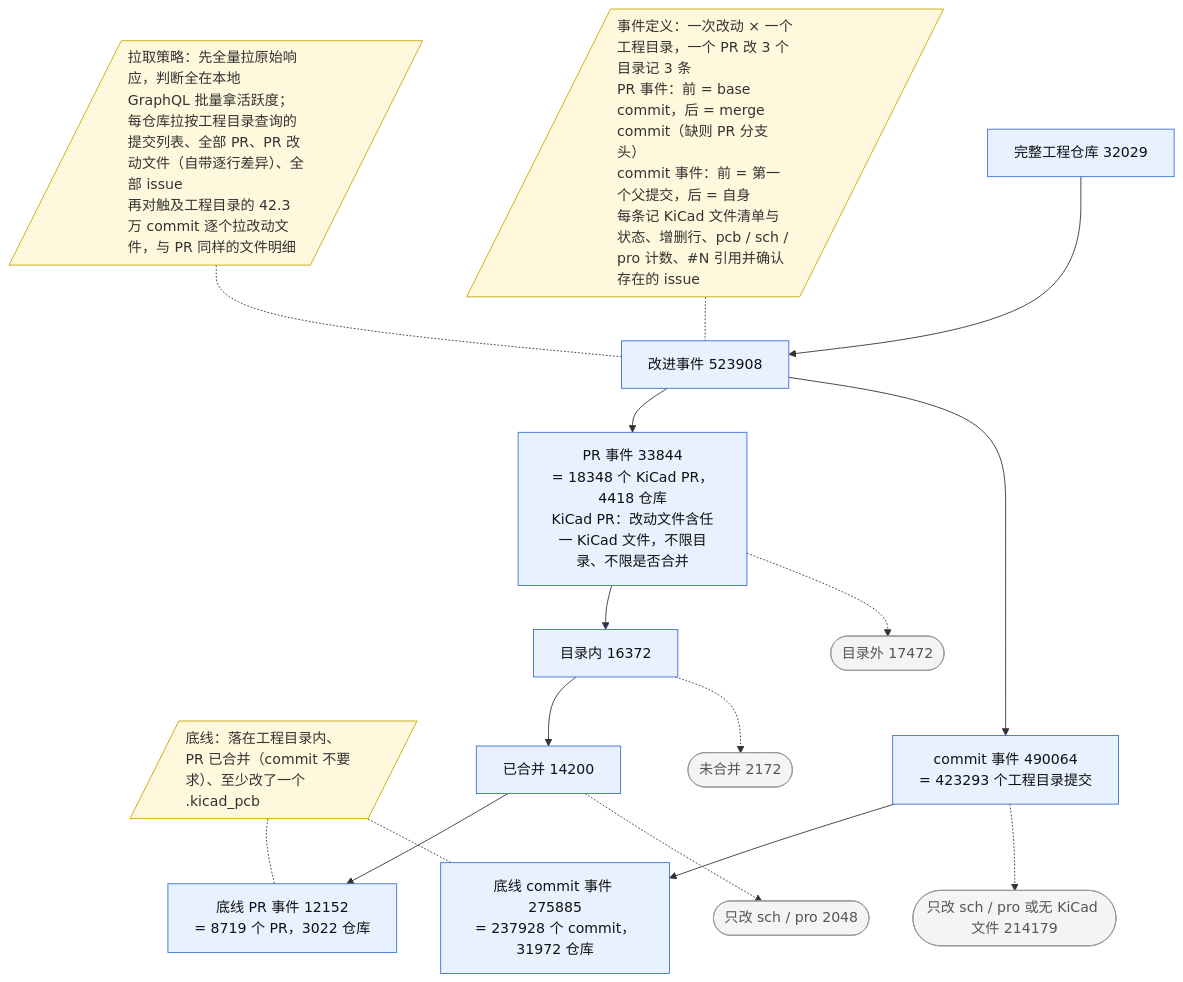
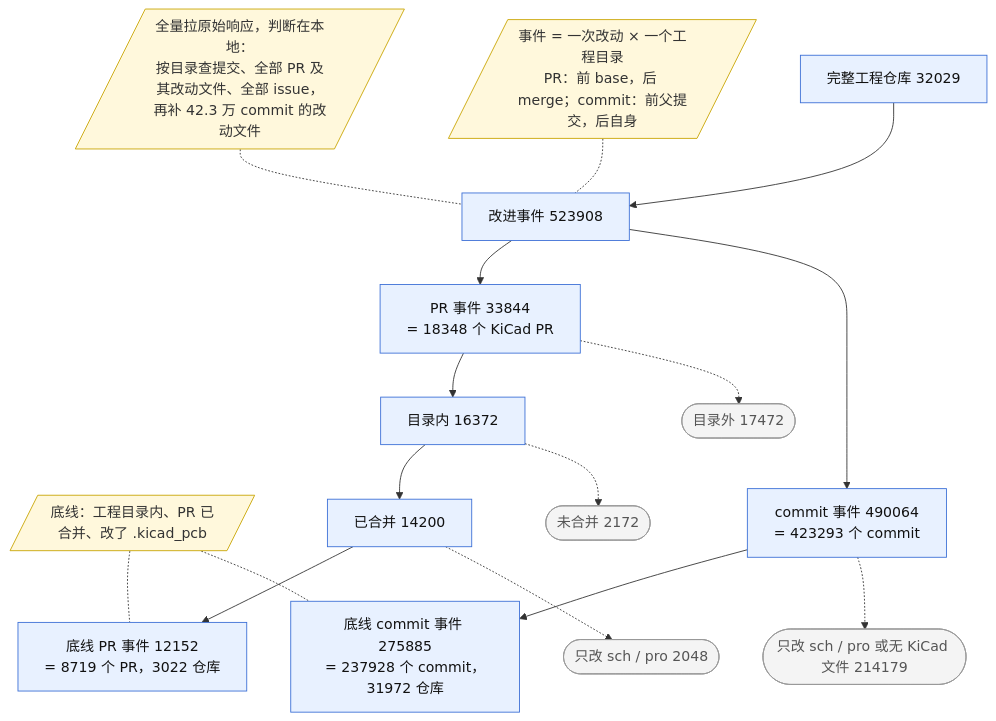
One commit to Xiafyjck/github_kicad_project_scout changed the third of 5 diagrams in reports/progress_report.md. Above: the diagram before and after it, drawn with Mermaid. The commit also changed other lines of this file, not shown here.

Commit message:
reports: shorter diagram notes, add an unannotated overview sieve (figure 0)

````diff
--- a/reports/progress_report.md
+++ b/reports/progress_report.md
@@ -125,37 +162,37 @@
 ```mermaid
 flowchart TB
-    classDef note fill:#fff8dc,stroke:#c9a400,color:#333,text-align:left
+    classDef note fill:#fff8dc,stroke:#c9a400,color:#333
     classDef exit fill:#f4f4f4,stroke:#999,color:#555
     classDef keep fill:#e8f1ff,stroke:#3b6fd6,color:#111
 
-    N3[/"拉取策略：先全量拉原始响应，判断全在本地<br/>GraphQL 批量拿活跃度；每仓库拉按工程目录查询的提交列表、全部 PR、PR 改动文件（自带逐行差异）、全部 issue<br/>再对触及工程目录的 42.3 万 commit 逐个拉改动文件，与 PR 同样的文件明细"/]:::note
-    N4[/"事件定义：一次改动 × 一个工程目录，一个 PR 改 3 个目录记 3 条<br/>PR 事件：前 = base commit，后 = merge commit（缺则 PR 分支头）<br/>commit 事件：前 = 第一个父提交，后 = 自身<br/>每条记 KiCad 文件清单与状态、增删行、pcb / sch / pro 计数、#N 引用并确认存在的 issue"/]:::note
-    N5[/"底线：落在工程目录内、PR 已合并（commit 不要求）、至少改了一个 .kicad_pcb"/]:::note
+    N3[/"全量拉原始响应，判断在本地：<br/>按目录查提交、全部 PR 及其改动文件、全部 issue，再补 42.3 万 commit 的改动文件"/]:::note
+    N4[/"事件 = 一次改动 × 一个工程目录<br/>PR：前 base，后 merge；commit：前父提交，后自身"/]:::note
+    N5[/"底线：工程目录内、PR 已合并、改了 .kicad_pcb"/]:::note
 
     Q[完整工程仓库 32029]:::keep
     E[改进事件 523908]:::keep
-    P[PR 事件 33844<br/>= 18348 个 KiCad PR，4418 仓库<br/>KiCad PR：改动文件含任一 KiCad 文件，不限目录、不限是否合并]:::keep
-    M[commit 事件 490064<br/>= 423293 个工程目录提交]:::keep
+    P[PR 事件 33844<br/>= 18348 个 KiCad PR]:::keep
+    M[commit 事件 490064<br/>= 423293 个 commit]:::keep
     P1[目录内 16372]:::keep
     P2[已合并 14200]:::keep
     P3[底线 PR 事件 12152<br/>= 8719 个 PR，3022 仓库]:::keep
     M3[底线 commit 事件 275885<br/>= 237928 个 commit，31972 仓库]:::keep
     PX1([目录外 17472]):::exit
     PX2([未合并 2172]):::exit
     PX3([只改 sch / pro 2048]):::exit
     MX3([只改 sch / pro 或无 KiCad 文件 214179]):::exit
 
     N3 -.- E
     N4 -.- E
     Q --> E
     E --> P
     E --> M
     N5 -.- P3
     N5 -.- M3
     P --> P1 --> P2 --> P3
     P -.-> PX1
     P1 -.-> PX2
     P2 -.-> PX3
     M --> M3
     M -.-> MX3
 ```
````
